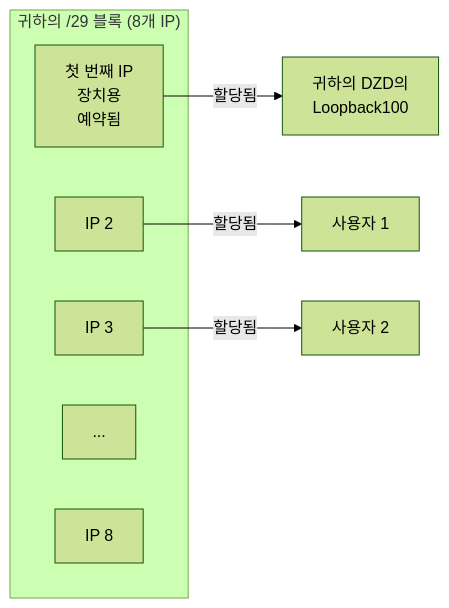
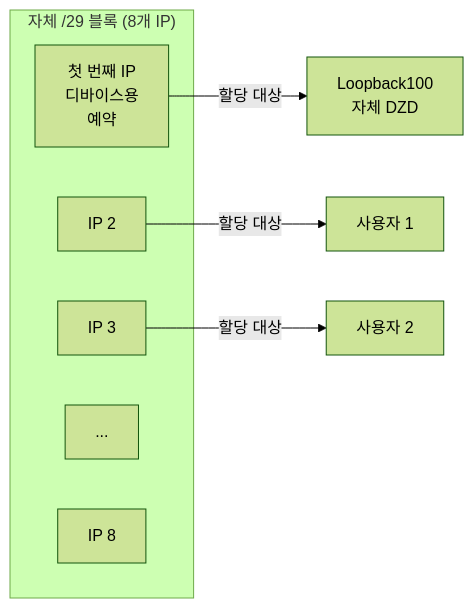
One commit to malbeclabs/docs changed the second of 7 diagrams in docs/contribute-provisioning.ko.md. Above: the diagram before and after it, drawn with Mermaid (forest theme). The commit also changed other lines of this file and 34 other files, not shown here.

````diff
--- a/docs/contribute-provisioning.ko.md
+++ b/docs/contribute-provisioning.ko.md
@@ -82,14 +122,14 @@
 ```mermaid
 flowchart LR
-    subgraph "귀하의 /29 블록 (8개 IP)"
-        IP1["첫 번째 IP<br/>장치용<br/>예약됨"]
+    subgraph "자체 /29 블록 (8개 IP)"
+        IP1["첫 번째 IP<br/>디바이스용<br/>예약"]
         IP2["IP 2"]
         IP3["IP 3"]
         IP4["..."]
         IP8["IP 8"]
     end
 
-    IP1 -->|할당됨| LO[귀하의 DZD의<br/>Loopback100]
-    IP2 -->|할당됨| U1[사용자 1]
-    IP3 -->|할당됨| U2[사용자 2]
+    IP1 -->|할당 대상| LO[Loopback100<br/>자체 DZD]
+    IP2 -->|할당 대상| U1[사용자 1]
+    IP3 -->|할당 대상| U2[사용자 2]
 ```
````
